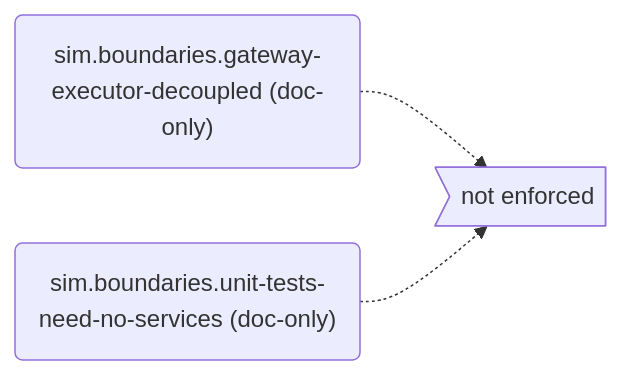
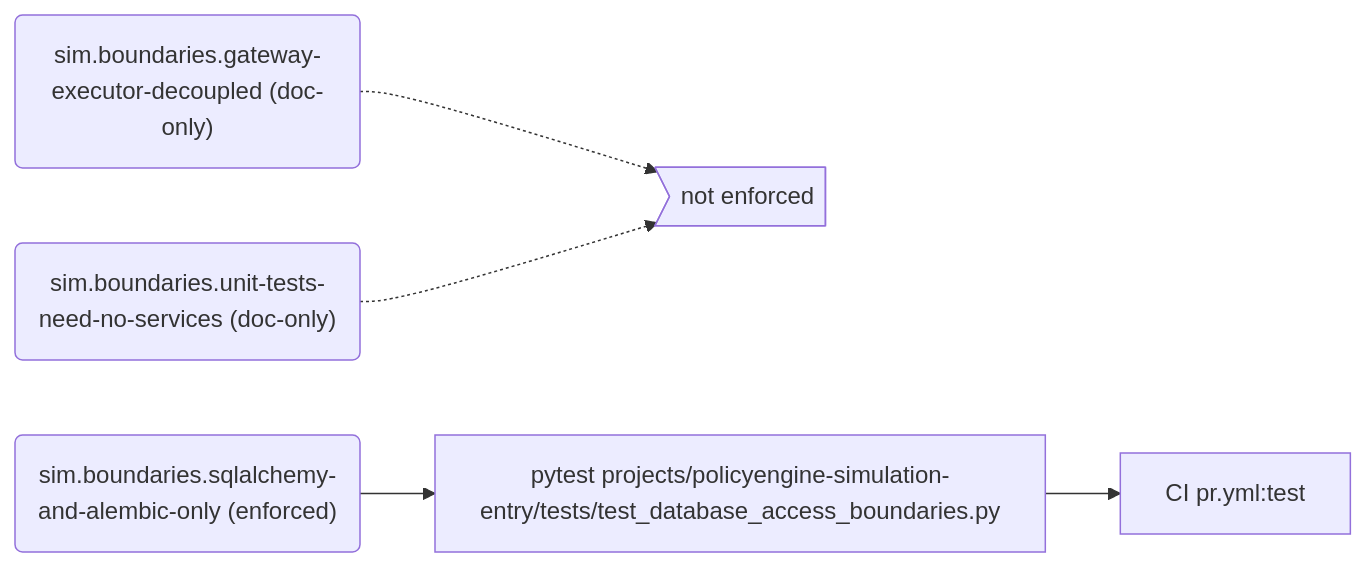
One commit to PolicyEngine/policyengine-sim-api changed the first of 9 diagrams in docs/generated/rules.md. Above: the diagram before and after it, drawn with Mermaid. The commit also changed other lines of this file and 11 other files, not shown here.

````diff
--- a/docs/generated/rules.md
+++ b/docs/generated/rules.md
@@ -82,8 +83,13 @@
 ```mermaid
 flowchart LR
   r_sim_boundaries_gateway_executor_decoupled("sim.boundaries.gateway-executor-decoupled (doc-only)")
   gap_unenforced>"not enforced"]
+  r_sim_boundaries_sqlalchemy_and_alembic_only("sim.boundaries.sqlalchemy-and-alembic-only (enforced)")
+  e_pytest_projects_policyengine_simulation_entry_tests_test_database_access_boundaries_py["pytest projects/policyengine-simulation-entry/tests/test_database_access_boundaries.py"]
+  j_CI_pr_yml_test["CI pr.yml:test"]
   r_sim_boundaries_unit_tests_need_no_services("sim.boundaries.unit-tests-need-no-services (doc-only)")
   r_sim_boundaries_gateway_executor_decoupled -.-> gap_unenforced
+  r_sim_boundaries_sqlalchemy_and_alembic_only --> e_pytest_projects_policyengine_simulation_entry_tests_test_database_access_boundaries_py
+  e_pytest_projects_policyengine_simulation_entry_tests_test_database_access_boundaries_py --> j_CI_pr_yml_test
   r_sim_boundaries_unit_tests_need_no_services -.-> gap_unenforced
 ```
````
